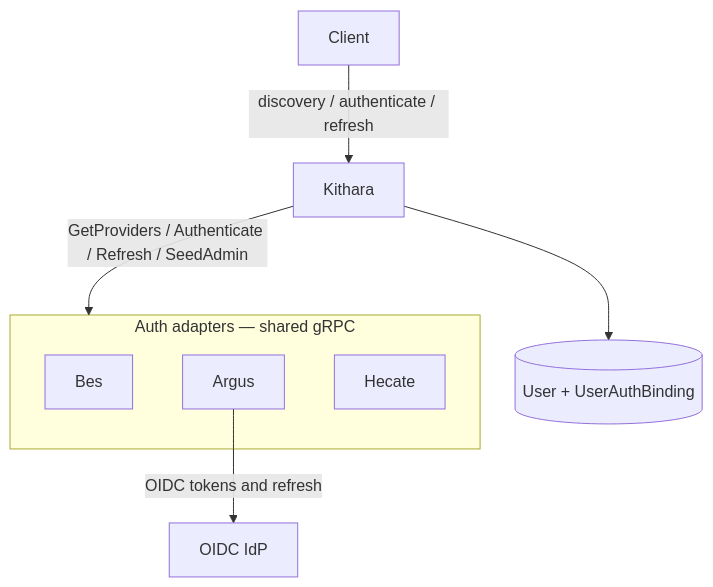
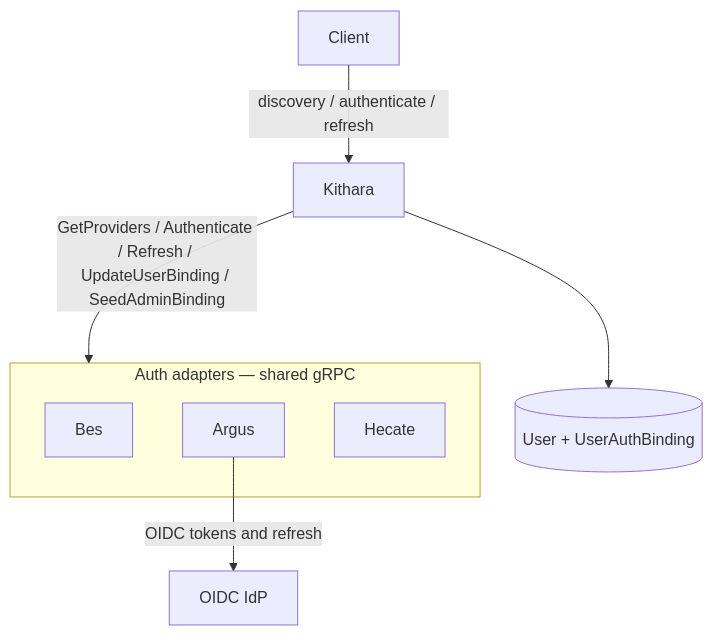
The diagram in docs/architecture/domains/auth-adapters.md (Bardie-radio/kithara), drawn with Mermaid before and after one commit. The commit also changed other lines of this file and 29 other files, not shown here.

````diff
--- a/docs/architecture/domains/auth-adapters.md
+++ b/docs/architecture/domains/auth-adapters.md
@@ -15,12 +15,12 @@
 ```mermaid
 flowchart TB
   Client -->|discovery / authenticate / refresh| Kithara
   Kithara --> DB[(User + UserAuthBinding)]
-  Kithara -->|"GetProviders / Authenticate / Refresh / SeedAdmin"| AuthBox
+  Kithara -->|"GetProviders / Authenticate / Refresh / UpdateUserBinding / SeedAdminBinding"| AuthBox
   subgraph AuthBox [Auth adapters — shared gRPC]
     Bes[Bes]
     Argus[Argus]
     Hecate[Hecate]
   end
   Argus -->|OIDC tokens and refresh| IdP[OIDC IdP]
 ```
````
